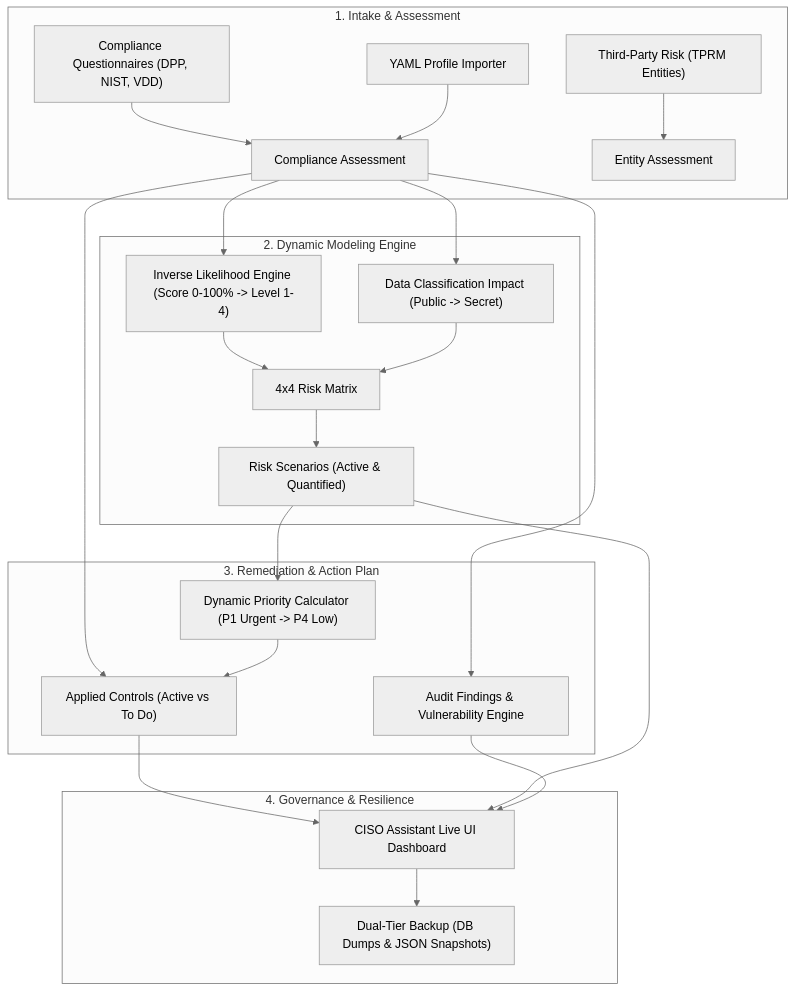
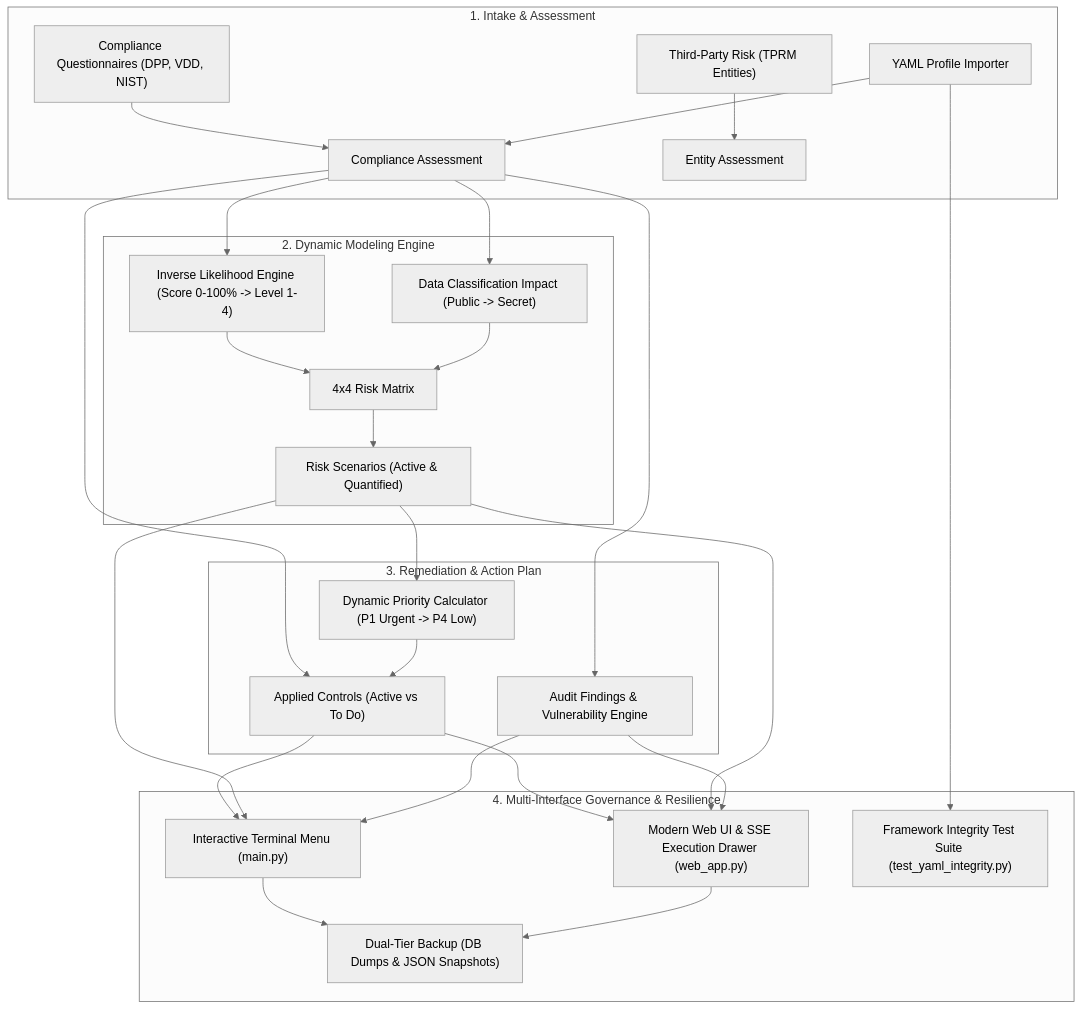
One commit to darckcerberus-beep/ciso-assistant changed the diagram in FEATURES_OVERVIEW.md. Above: the diagram before and after it, drawn with Mermaid (neutral theme). The commit also changed other lines of this file and 3 other files, not shown here.

````diff
--- a/FEATURES_OVERVIEW.md
+++ b/FEATURES_OVERVIEW.md
@@ -22,27 +24,29 @@
 ```mermaid
 flowchart TD
     subgraph INTAKE ["1. Intake & Assessment"]
-        Q["Compliance Questionnaires (DPP, NIST, VDD)"] --> CA["Compliance Assessment"]
+        Q["Compliance Questionnaires (DPP, VDD, NIST)"] --> CA["Compliance Assessment"]
         TPRM["Third-Party Risk (TPRM Entities)"] --> EA["Entity Assessment"]
         YML["YAML Profile Importer"] --> CA
     end
 
     subgraph ENGINE ["2. Dynamic Modeling Engine"]
         CA --> LIKELIHOOD["Inverse Likelihood Engine (Score 0-100% -> Level 1-4)"]
         CA --> IMPACT["Data Classification Impact (Public -> Secret)"]
         LIKELIHOOD & IMPACT --> MATRIX["4x4 Risk Matrix"]
         MATRIX --> SCENARIOS["Risk Scenarios (Active & Quantified)"]
     end
 
     subgraph REMEDIATION ["3. Remediation & Action Plan"]
         SCENARIOS --> PRIORITY["Dynamic Priority Calculator (P1 Urgent -> P4 Low)"]
         CA --> CONTROLS["Applied Controls (Active vs To Do)"]
         PRIORITY --> CONTROLS
         CA --> FINDINGS["Audit Findings & Vulnerability Engine"]
     end
 
-    subgraph GOVERNANCE ["4. Governance & Resilience"]
-        CONTROLS & SCENARIOS & FINDINGS --> DASHBOARD["CISO Assistant Live UI Dashboard"]
-        DASHBOARD --> BACKUP["Dual-Tier Backup (DB Dumps & JSON Snapshots)"]
+    subgraph GOVERNANCE ["4. Multi-Interface Governance & Resilience"]
+        CONTROLS & SCENARIOS & FINDINGS --> CLI["Interactive Terminal Menu (main.py)"]
+        CONTROLS & SCENARIOS & FINDINGS --> WEB["Modern Web UI & SSE Execution Drawer (web_app.py)"]
+        CLI & WEB --> BACKUP["Dual-Tier Backup (DB Dumps & JSON Snapshots)"]
+        YML --> INTEGRITY["Framework Integrity Test Suite (test_yaml_integrity.py)"]
     end
 ```
````
